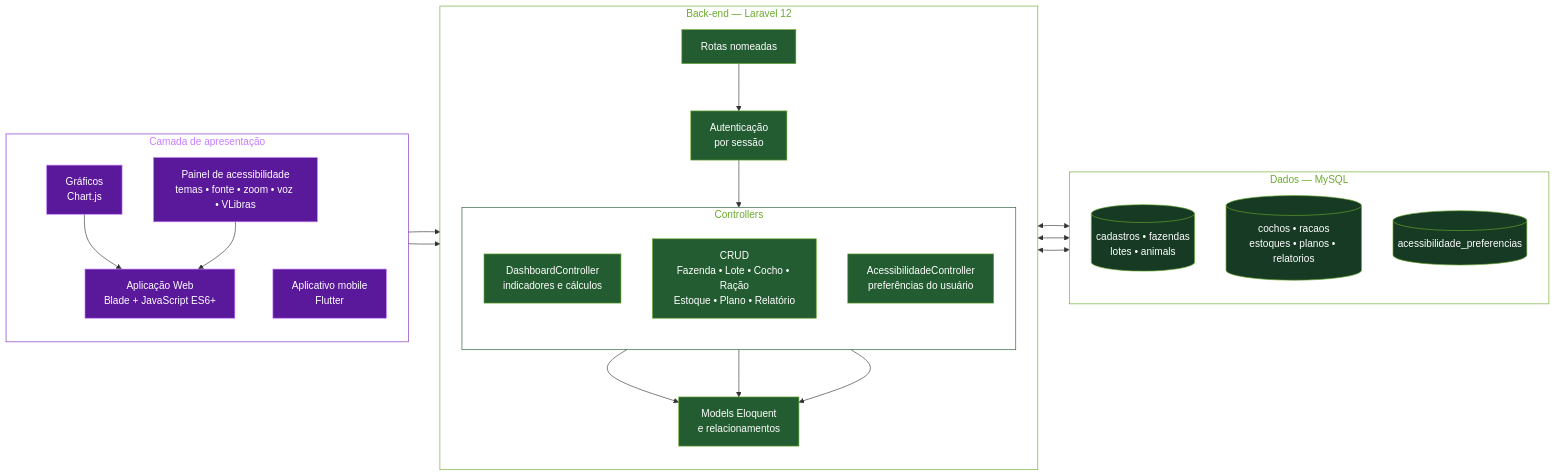
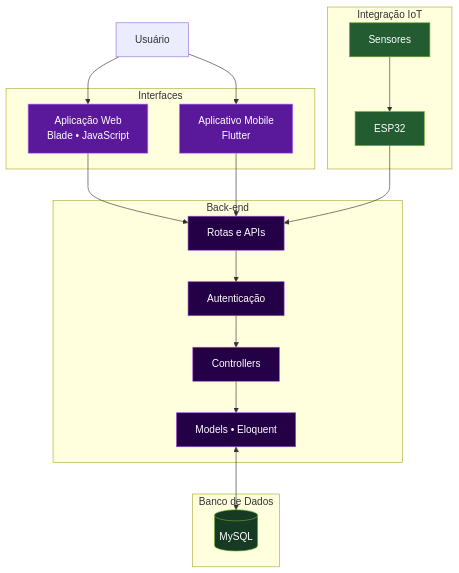
One commit to brunafigueirasilva/brunafigueirasilva changed the diagram in README.md. Above: the diagram before and after it, drawn with Mermaid. The commit also changed other lines of this file, not shown here.

````diff
--- a/README.md
+++ b/README.md
@@ -145,53 +170,50 @@
 ```mermaid
-flowchart LR
-    subgraph C["Camada de apresentação"]
-        direction TB
-        W["Aplicação Web<br/>Blade + JavaScript ES6+"]
-        G["Gráficos<br/>Chart.js"]
-        AC["Painel de acessibilidade<br/>temas • fonte • zoom • voz • VLibras"]
-        M["Aplicativo mobile<br/>Flutter"]
+flowchart TD
+
+    U["Usuário"]
+
+    subgraph FRONT["Interfaces"]
+        WEB["Aplicação Web<br/>Blade • JavaScript"]
+        MOB["Aplicativo Mobile<br/>Flutter"]
     end
 
-    subgraph B["Back-end — Laravel 12"]
-        direction TB
-        R["Rotas nomeadas"]
-        AU["Autenticação<br/>por sessão"]
-        subgraph CT["Controllers"]
-            direction TB
-            DC["DashboardController<br/>indicadores e cálculos"]
-            CR["CRUD<br/>Fazenda • Lote • Cocho • Ração<br/>Estoque • Plano • Relatório"]
-            AP["AcessibilidadeController<br/>preferências do usuário"]
-        end
-        MO["Models Eloquent<br/>e relacionamentos"]
+    subgraph BACK["Back-end"]
+        API["Rotas e APIs"]
+        AUTH["Autenticação"]
+        CTRL["Controllers"]
+        ORM["Models • Eloquent"]
     end
 
-    subgraph D["Dados — MySQL"]
-        direction TB
-        T1[("cadastros • fazendas<br/>lotes • animals")]
-        T2[("cochos • racaos<br/>estoques • planos • relatorios")]
-        T3[("acessibilidade_preferencias")]
+    subgraph DATA["Banco de Dados"]
+        DB[("MySQL")]
     end
 
-    W --> R
-    G --> W
-    AC --> W
-    M --> R
-    R --> AU --> CT
-    DC --> MO
-    CR --> MO
-    AP --> MO
-    MO <--> T1
-    MO <--> T2
-    MO <--> T3
+    subgraph IOT["Integração IoT"]
+        ESP["ESP32"]
+        SENSOR["Sensores"]
+    end
 
-    classDef roxo fill:#5A189A,color:#fff,stroke:#C77DFF
-    classDef verde fill:#245C32,color:#fff,stroke:#6AAA2E
-    classDef escuro fill:#163A24,color:#fff,stroke:#6AAA2E
-    class W,G,AC,M roxo
-    class R,AU,DC,CR,AP,MO verde
-    class T1,T2,T3 escuro
-    style C fill:transparent,stroke:#7B2CBF,color:#C77DFF
-    style B fill:transparent,stroke:#6AAA2E,color:#6AAA2E
-    style CT fill:transparent,stroke:#245C32,color:#6AAA2E
-    style D fill:transparent,stroke:#6AAA2E,color:#6AAA2E
+    U --> WEB
+    U --> MOB
+
+    WEB --> API
+    MOB --> API
+
+    API --> AUTH
+    AUTH --> CTRL
+    CTRL --> ORM
+    ORM <--> DB
+
+    SENSOR --> ESP
+    ESP --> API
+
+    class WEB,MOB front
+    class API,AUTH,CTRL,ORM backend
+    class DB database
+    class ESP,SENSOR iot
+
+    classDef front fill:#5A189A,color:#FFFFFF,stroke:#C77DFF
+    classDef backend fill:#240046,color:#FFFFFF,stroke:#9D4EDD
+    classDef database fill:#163A24,color:#FFFFFF,stroke:#6AAA2E
+    classDef iot fill:#245C32,color:#FFFFFF,stroke:#6AAA2E
 ```
````
